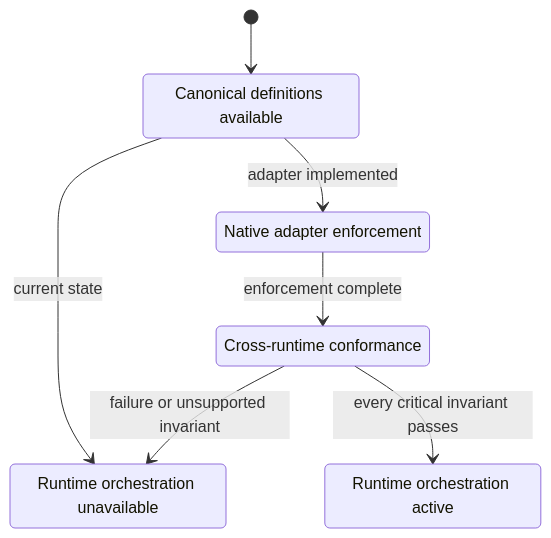
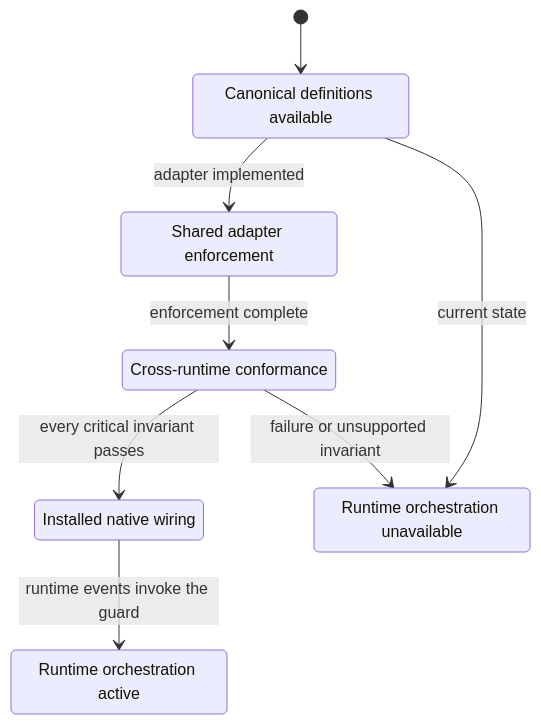
One commit to agentic-os-brasil/bcg-brasil-agentic-os changed the third of 3 diagrams in specs/018-maestro-core-agents.md. Above: the diagram before and after it, drawn with Mermaid. The commit also changed other lines of this file and 7 other files, not shown here.

````diff
--- a/specs/018-maestro-core-agents.md
+++ b/specs/018-maestro-core-agents.md
@@ -162,15 +190,17 @@
 ```mermaid
 stateDiagram-v2
     state "Canonical definitions available" as Defined
-    state "Native adapter enforcement" as Adapter
+    state "Shared adapter enforcement" as Adapter
+    state "Installed native wiring" as Wiring
     state "Cross-runtime conformance" as Conformance
     state "Runtime orchestration active" as Active
     state "Runtime orchestration unavailable" as Unavailable
 
     [*] --> Defined
     Defined --> Unavailable: current state
     Defined --> Adapter: adapter implemented
     Adapter --> Conformance: enforcement complete
-    Conformance --> Active: every critical invariant passes
+    Conformance --> Wiring: every critical invariant passes
+    Wiring --> Active: runtime events invoke the guard
     Conformance --> Unavailable: failure or unsupported invariant
 ```
````
